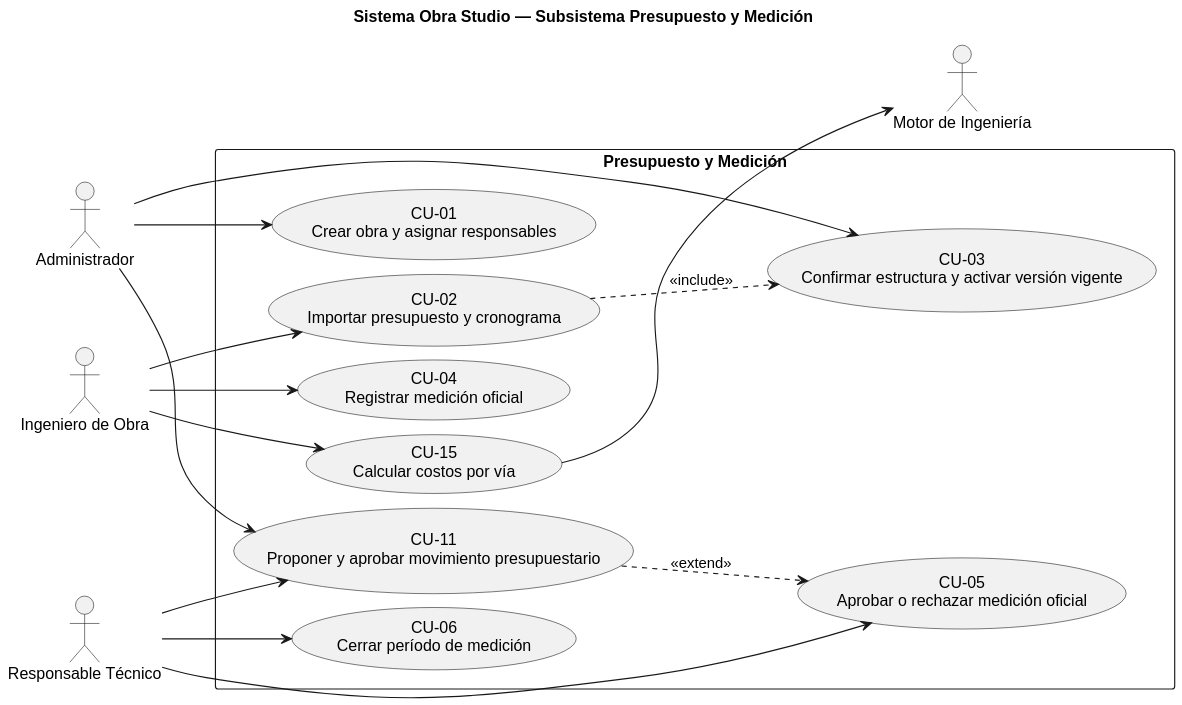
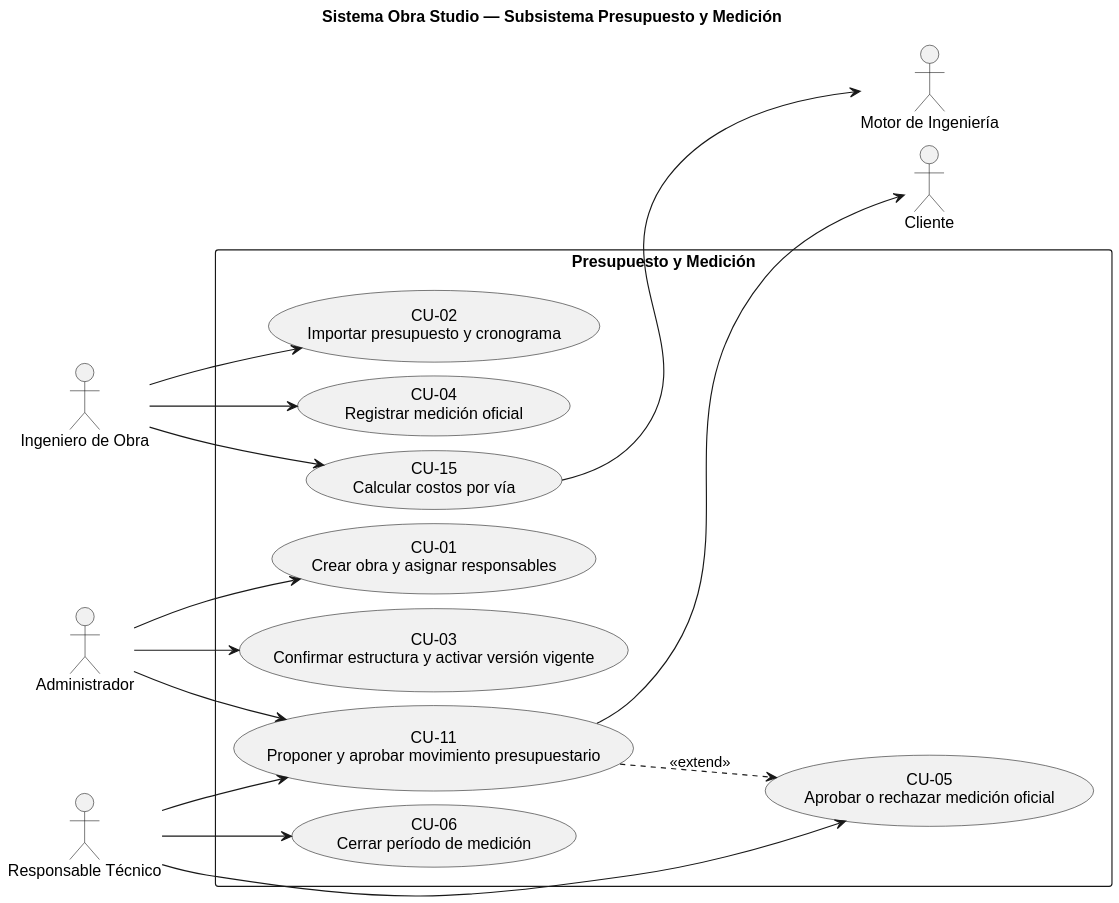
One commit to Ssrrb/TPF-teoria changed the diagram in modelo/uml/01-casos-de-uso-A.puml. Above: the diagram before and after it, drawn with PlantUML. The commit also changed 40 other files, not shown here.

```diff
--- a/modelo/uml/01-casos-de-uso-A.puml
+++ b/modelo/uml/01-casos-de-uso-A.puml
@@ -1,41 +1,42 @@
 @startuml
 left to right direction
 skinparam dpi 150
 skinparam shadowing false
 skinparam defaultFontName Liberation Sans
 skinparam packageStyle rectangle
 skinparam nodesep 12
 skinparam ranksep 60
 title Sistema Obra Studio — Subsistema Presupuesto y Medición
 
 actor "Ingeniero de Obra" as ING
 actor "Responsable Técnico" as SUP
 actor "Administrador" as ADM
 
 rectangle "Presupuesto y Medición" {
   usecase "CU-01\nCrear obra y asignar responsables" as CU_01
   usecase "CU-02\nImportar presupuesto y cronograma" as CU_02
   usecase "CU-03\nConfirmar estructura y activar versión vigente" as CU_03
   usecase "CU-04\nRegistrar medición oficial" as CU_04
   usecase "CU-05\nAprobar o rechazar medición oficial" as CU_05
   usecase "CU-06\nCerrar período de medición" as CU_06
   usecase "CU-11\nProponer y aprobar movimiento presupuestario" as CU_11
   usecase "CU-15\nCalcular costos por vía" as CU_15
 }
 
+actor "Cliente" as CLI
 actor "Motor de Ingeniería" as ECMS
 
 ADM --> CU_01
 ING --> CU_02
 ADM --> CU_03
 ING --> CU_04
 SUP --> CU_05
 SUP --> CU_06
 ADM --> CU_11
 SUP --> CU_11
+CU_11 --> CLI
 ING --> CU_15
 CU_15 --> ECMS
 
-CU_02 ..> CU_03 : <<include>>
 CU_11 ..> CU_05 : <<extend>>
 @enduml
```
